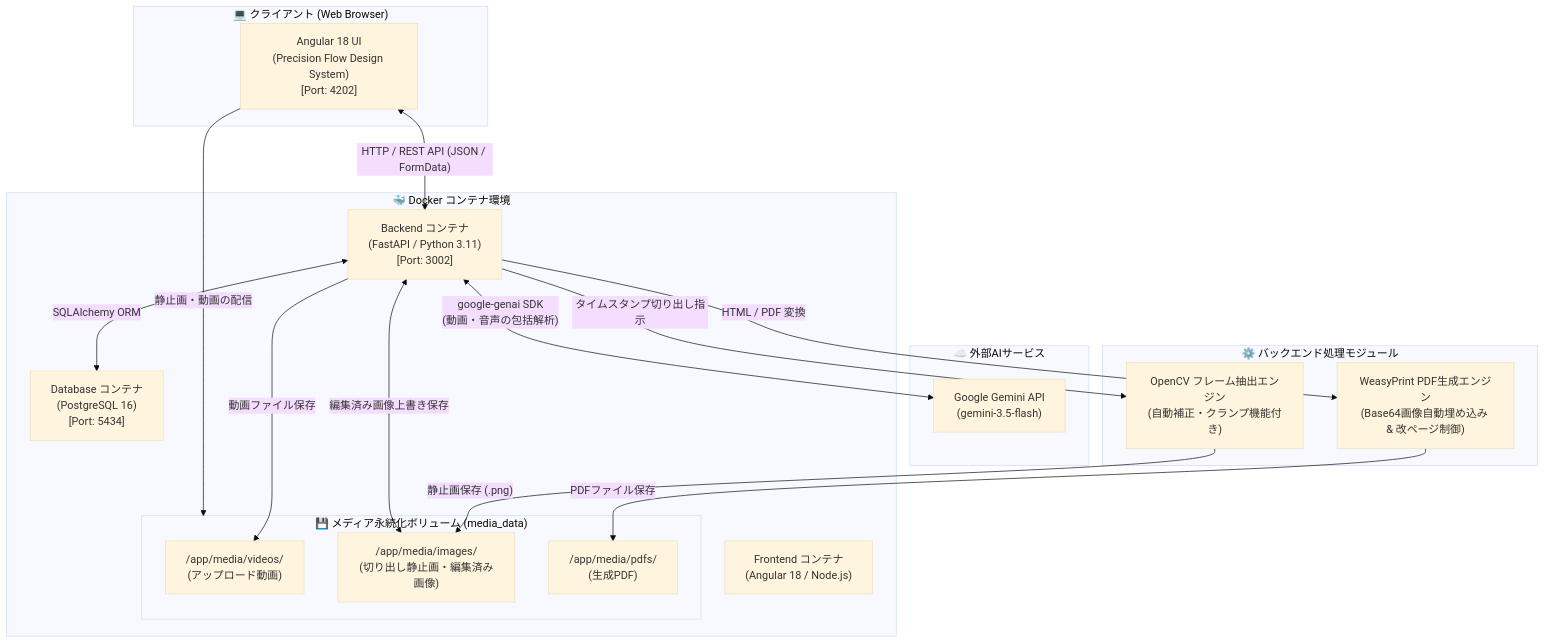
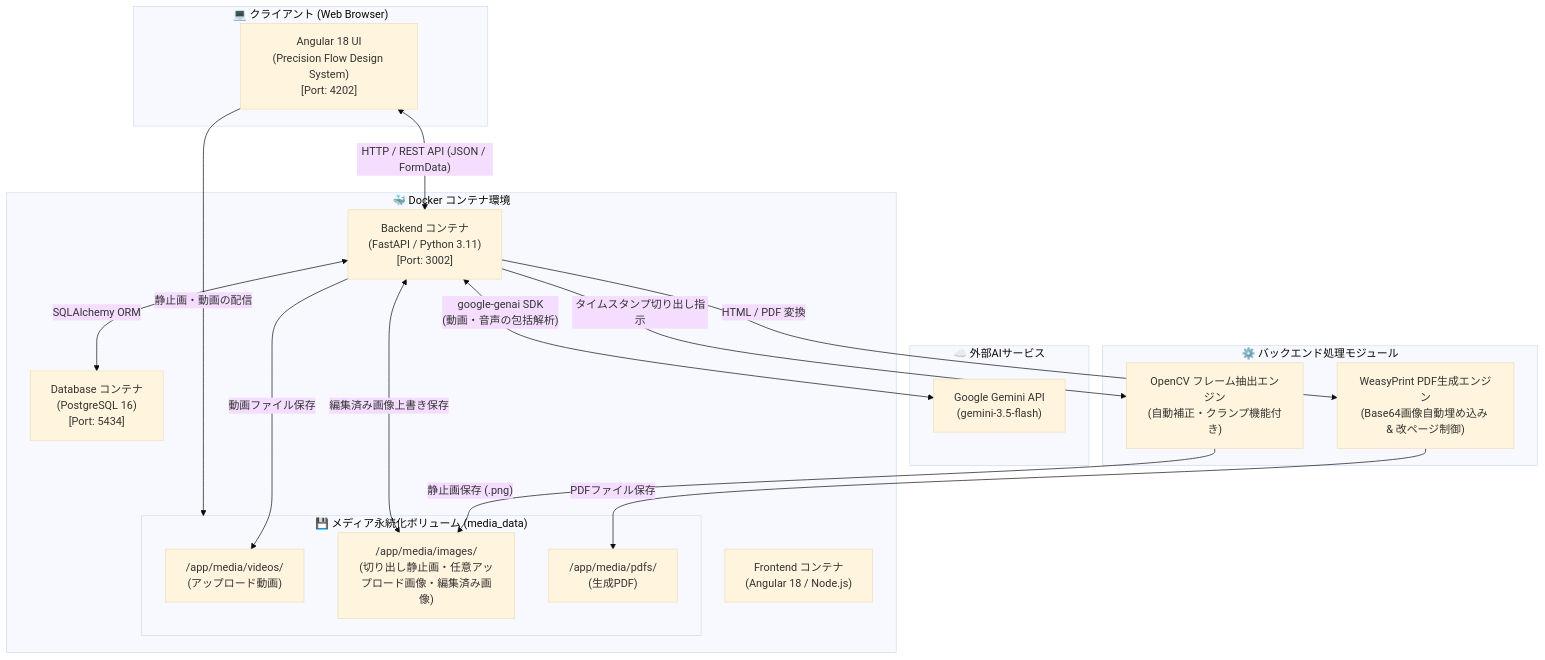
The diagram in README.md (n-yamai/manual-creator), drawn with Mermaid (base theme) before and after one commit. The commit also changed other lines of this file and 10 other files, not shown here.

````diff
--- a/README.md
+++ b/README.md
@@ -13,40 +13,40 @@
 ```mermaid
 flowchart TB
     subgraph Client["💻 クライアント (Web Browser)"]
         UI["Angular 18 UI\n(Precision Flow Design System)\n[Port: 4202]"]
     end
 
     subgraph DockerEnv["🐳 Docker コンテナ環境"]
         FE_Container["Frontend コンテナ\n(Angular 18 / Node.js)"]
         BE_Container["Backend コンテナ\n(FastAPI / Python 3.11)\n[Port: 3002]"]
         DB_Container["Database コンテナ\n(PostgreSQL 16)\n[Port: 5434]"]
         
         subgraph SharedMedia["💾 メディア永続化ボリューム (media_data)"]
             Videos["/app/media/videos/\n(アップロード動画)"]
-            Images["/app/media/images/\n(切り出し静止画・編集済み画像)"]
+            Images["/app/media/images/\n(切り出し静止画・任意アップロード画像・編集済み画像)"]
             PDFs["/app/media/pdfs/\n(生成PDF)"]
         end
     end
 
     subgraph External["☁️ 外部AIサービス"]
         Gemini["Google Gemini API\n(gemini-3.5-flash)"]
     end
 
     subgraph BackendServices["⚙️ バックエンド処理モジュール"]
         OpenCV["OpenCV フレーム抽出エンジン\n(自動補正・クランプ機能付き)"]
         PDFGen["WeasyPrint PDF生成エンジン\n(Base64画像自動埋め込み & 改ページ制御)"]
     end
 
     UI <-->|"HTTP / REST API (JSON / FormData)"| BE_Container
     BE_Container <-->|"SQLAlchemy ORM"| DB_Container
     BE_Container <-->|"google-genai SDK\n(動画・音声の包括解析)"| Gemini
     BE_Container -->|"タイムスタンプ切り出し指示"| OpenCV
     BE_Container -->|"HTML / PDF 変換"| PDFGen
     
     OpenCV -->|"静止画保存 (.png)"| Images
     BE_Container -->|"動画ファイル保存"| Videos
     BE_Container <-->|"編集済み画像上書き保存"| Images
     PDFGen -->|"PDFファイル保存"| PDFs
     
     UI -->|"静止画・動画の配信"| SharedMedia
 ```
````
